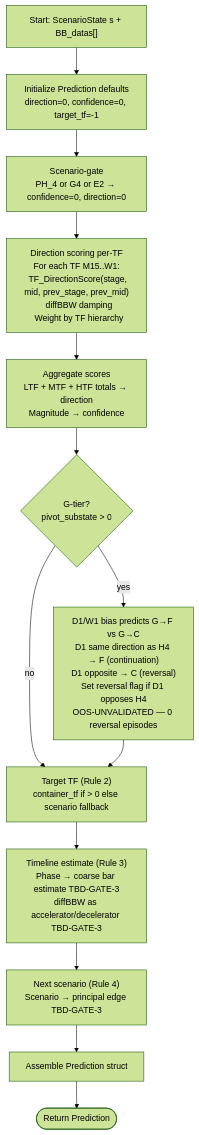
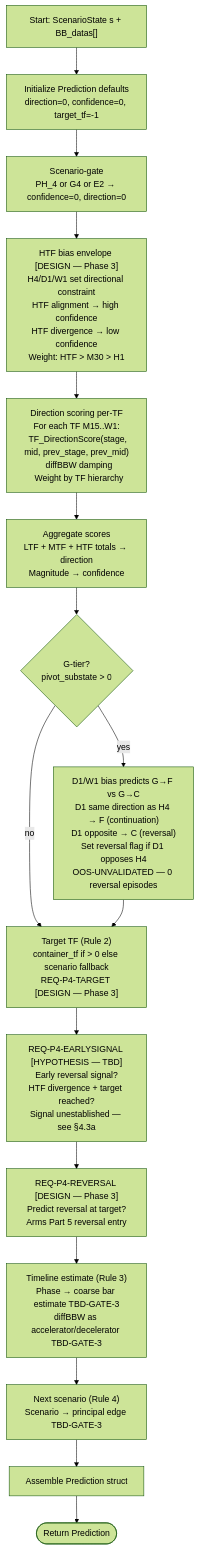
Diagram 12 of 19 in references/ARCHITECTURE.md (Terrypang89/BB_MTF_M15_STRATEGY), drawn with Mermaid (forest theme) before and after one commit. The commit also changed other lines of this file, not shown here.

First line of the commit message:
Add HTF-as-constraint principle and EARLYSIGNAL candidate; update Part 4/5 diagrams

````diff
--- a/references/ARCHITECTURE.md
+++ b/references/ARCHITECTURE.md
@@ -701,23 +701,29 @@
 ```mermaid
 flowchart TD
     Start["Start: ScenarioState s + BB_datas[]"] --> Init["Initialize Prediction defaults<br/>direction=0, confidence=0, target_tf=-1"]
 
     Init --> Gate["Scenario-gate<br/>PH_4 or G4 or E2 → confidence=0, direction=0"]
 
-    Gate --> Score["Direction scoring per-TF<br/>For each TF M15..W1:<br/>  TF_DirectionScore(stage, mid, prev_stage, prev_mid)<br/>  diffBBW damping<br/>  Weight by TF hierarchy"]
+    Gate --> HTFEnv["HTF bias envelope [DESIGN — Phase 3]<br/>H4/D1/W1 set directional constraint<br/>HTF alignment → high confidence<br/>HTF divergence → low confidence<br/>Weight: HTF > M30 > H1"]
+
+    HTFEnv --> Score["Direction scoring per-TF<br/>For each TF M15..W1:<br/>  TF_DirectionScore(stage, mid, prev_stage, prev_mid)<br/>  diffBBW damping<br/>  Weight by TF hierarchy"]
 
     Score --> Aggregate["Aggregate scores<br/>LTF + MTF + HTF totals → direction<br/>Magnitude → confidence"]
 
     Aggregate --> GTier{"G-tier?<br/>pivot_substate > 0"}
     GTier -->|yes| GPredict["D1/W1 bias predicts G→F vs G→C<br/>D1 same direction as H4 → F (continuation)<br/>D1 opposite → C (reversal)<br/>Set reversal flag if D1 opposes H4<br/>OOS-UNVALIDATED — 0 reversal episodes"]
-    GTier -->|no| Target["Target TF (Rule 2)<br/>container_tf if > 0 else scenario fallback"]
+    GTier -->|no| Target["Target TF (Rule 2)<br/>container_tf if > 0 else scenario fallback<br/>REQ-P4-TARGET [DESIGN — Phase 3]"]
 
     GPredict --> Target
 
-    Target --> Timeline["Timeline estimate (Rule 3)<br/>Phase → coarse bar estimate TBD-GATE-3<br/>diffBBW as accelerator/decelerator TBD-GATE-3"]
+    Target --> EarlySig["REQ-P4-EARLYSIGNAL [HYPOTHESIS — TBD]<br/>Early reversal signal?<br/>HTF divergence + target reached?<br/>Signal unestablished — see §4.3a"]
+
+    EarlySig --> RevPred["REQ-P4-REVERSAL [DESIGN — Phase 3]<br/>Predict reversal at target?<br/>Arms Part 5 reversal entry"]
+
+    RevPred --> Timeline["Timeline estimate (Rule 3)<br/>Phase → coarse bar estimate TBD-GATE-3<br/>diffBBW as accelerator/decelerator TBD-GATE-3"]
 
     Timeline --> NextSc["Next scenario (Rule 4)<br/>Scenario → principal edge TBD-GATE-3"]
 
     NextSc --> Assemble["Assemble Prediction struct"]
     Assemble --> Return([Return Prediction])
 ```
````
